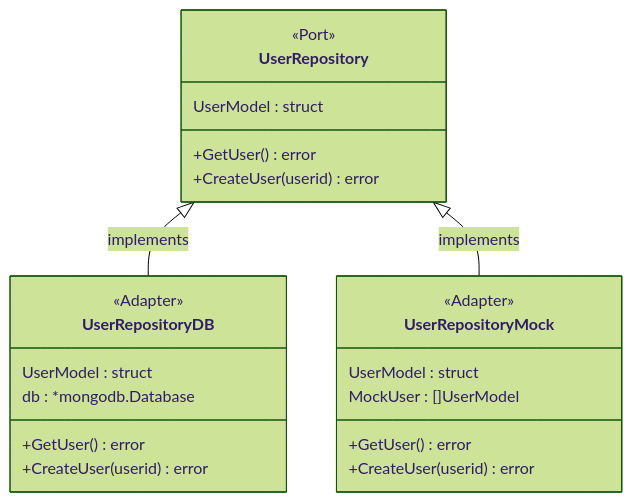
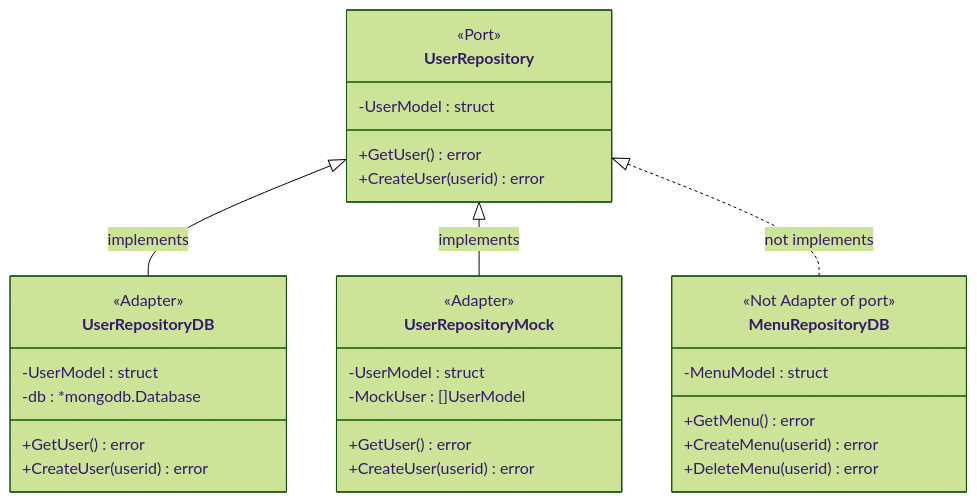
The second of 2 diagrams in README.MD (ukritfongsomboon/Hexagonal), drawn with Mermaid (forest theme) before and after one commit.

````diff
--- a/README.MD
+++ b/README.MD
@@ -87,25 +87,35 @@
 ```mermaid
 classDiagram
 class UserRepository{
     <<Port>>
-    UserModel : struct
+    -UserModel : struct
     +GetUser() error
     +CreateUser(userid) error
 }
 class UserRepositoryDB{
     <<Adapter>>
-    UserModel : struct
-    db : *mongodb.Database
+    -UserModel : struct
+    -db : *mongodb.Database
     +GetUser() error
     +CreateUser(userid) error
 }
 class UserRepositoryMock{
     <<Adapter>>
-    UserModel : struct
-    MockUser : []UserModel
+    -UserModel : struct
+    -MockUser : []UserModel
     +GetUser() error
     +CreateUser(userid) error
 }
+
+class MenuRepositoryDB{
+    <<Not Adapter of port>>
+    -MenuModel : struct
+    +GetMenu() error
+    +CreateMenu(userid) error
+    +DeleteMenu(userid) error
+}
+
 UserRepository <|-- UserRepositoryDB : implements
 UserRepository <|-- UserRepositoryMock : implements
+UserRepository <|.. MenuRepositoryDB : not implements
 ```
````
